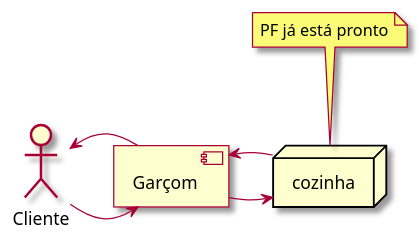
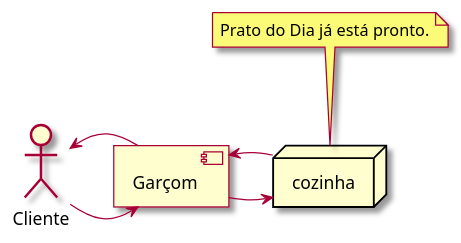
One commit to charlesardsilva/lecture-cache-content changed the diagram in docs/diagrams/restaurante-prato-dia.plantuml. Above: the diagram before and after it, drawn with PlantUML. The commit also changed 13 other files, not shown here.

Commit message:
Update diagrams

```diff
--- a/docs/diagrams/restaurante-prato-dia.plantuml
+++ b/docs/diagrams/restaurante-prato-dia.plantuml
@@ -1,16 +1,16 @@
 @startuml
 
 skin rose
 
 component "Garçom" as Ga
 actor "Cliente" as actor
 node cozinha
 
 
 actor -> Ga
 Ga -> actor
 Ga -> cozinha
 cozinha -> Ga
-note top of cozinha: PF já está pronto
+note top of cozinha: Prato do Dia já está pronto.
 
 @enduml
```
